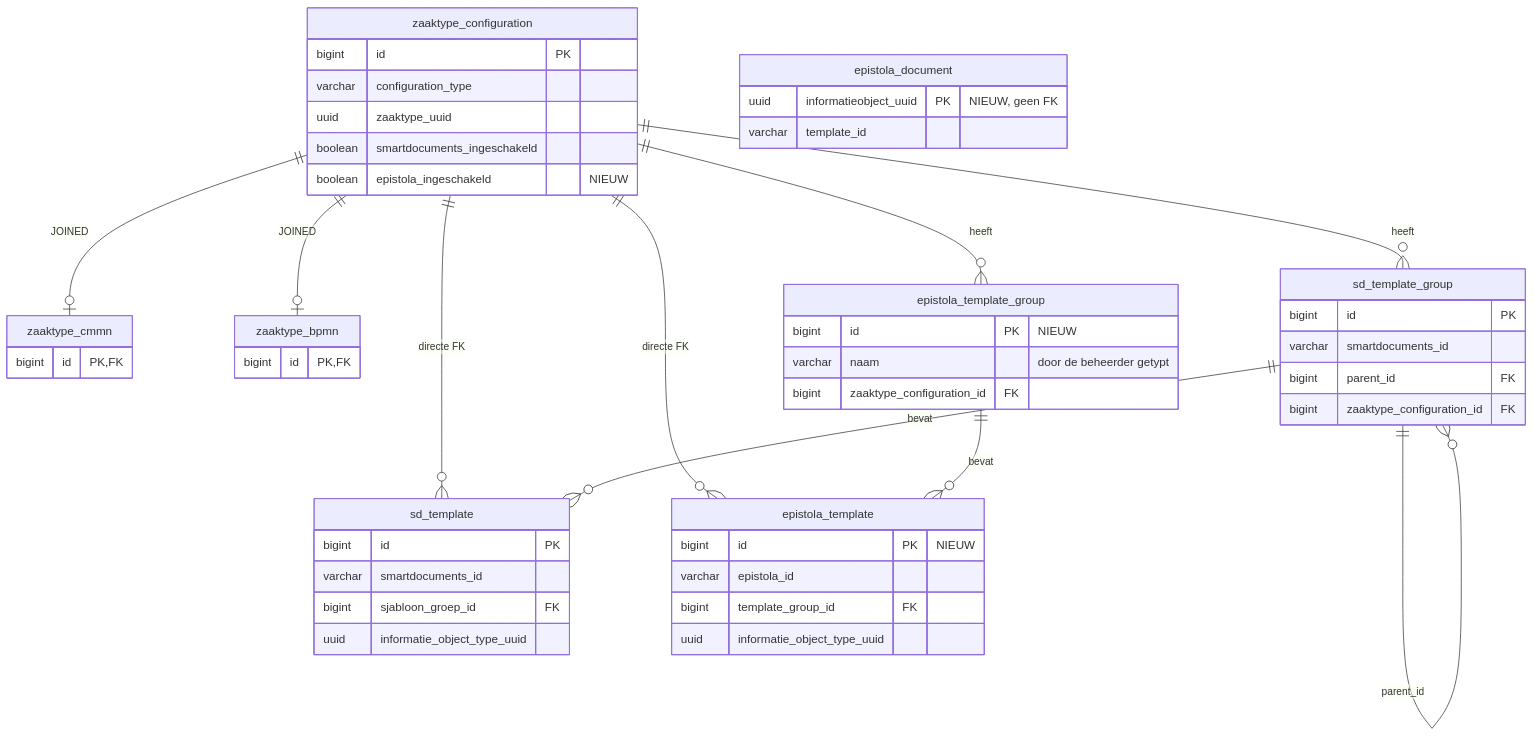
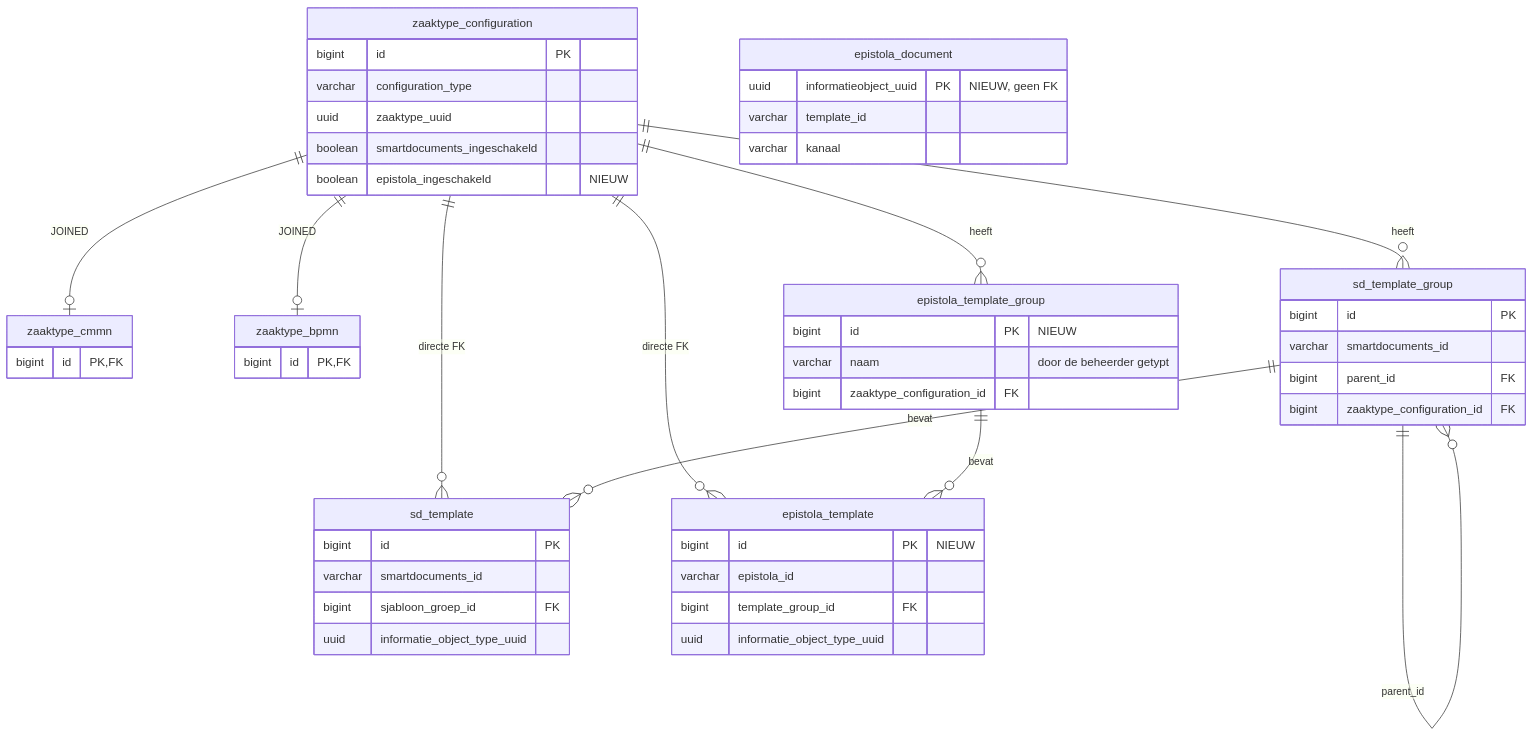
One commit to infonl/zac-epistola-prototype changed the diagram in docs/epistola/datamodel.md. Above: the diagram before and after it, drawn with Mermaid. The commit also changed other lines of this file and 36 other files, not shown here.

````diff
--- a/docs/epistola/datamodel.md
+++ b/docs/epistola/datamodel.md
@@ -20,53 +20,54 @@
 ```mermaid
 erDiagram
     zaaktype_configuration ||--o| zaaktype_cmmn : "JOINED"
     zaaktype_configuration ||--o| zaaktype_bpmn : "JOINED"
     zaaktype_configuration ||--o{ sd_template_group : heeft
     zaaktype_configuration ||--o{ sd_template : "directe FK"
     zaaktype_configuration ||--o{ epistola_template_group : heeft
     zaaktype_configuration ||--o{ epistola_template : "directe FK"
     sd_template_group ||--o{ sd_template : bevat
     sd_template_group ||--o{ sd_template_group : parent_id
     epistola_template_group ||--o{ epistola_template : bevat
 
     zaaktype_configuration {
         bigint id PK
         varchar configuration_type
         uuid zaaktype_uuid
         boolean smartdocuments_ingeschakeld
         boolean epistola_ingeschakeld "NIEUW"
     }
     zaaktype_cmmn {
         bigint id PK,FK
     }
     zaaktype_bpmn {
         bigint id PK,FK
     }
     sd_template_group {
         bigint id PK
         varchar smartdocuments_id
         bigint parent_id FK
         bigint zaaktype_configuration_id FK
     }
     sd_template {
         bigint id PK
         varchar smartdocuments_id
         bigint sjabloon_groep_id FK
         uuid informatie_object_type_uuid
     }
     epistola_template_group {
         bigint id PK "NIEUW"
         varchar naam "door de beheerder getypt"
         bigint zaaktype_configuration_id FK
     }
     epistola_template {
         bigint id PK "NIEUW"
         varchar epistola_id
         bigint template_group_id FK
         uuid informatie_object_type_uuid
     }
     epistola_document {
         uuid informatieobject_uuid PK "NIEUW, geen FK"
         varchar template_id
+        varchar kanaal
     }
 ```
````
